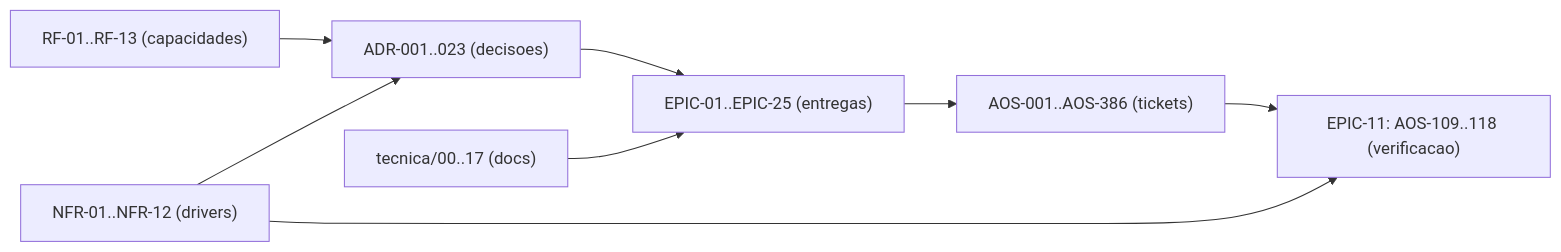
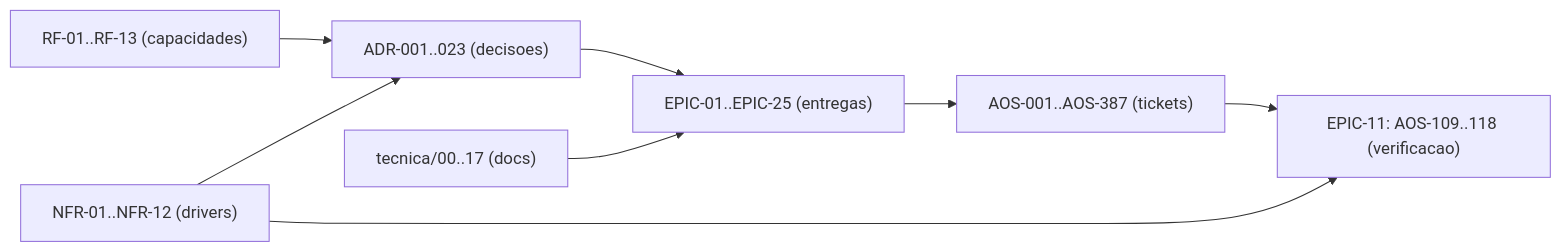
Before and after one commit to albinoJimy/aos: the diagram in tecnica/16_Rastreabilidade_RTM.md, drawn with Mermaid. The commit also changed other lines of this file and 1 other file, not shown here.

First line of the commit message:
docs(AOS-387): materializar ticket do workspace go.work (achado OE-2)

````diff
--- a/tecnica/16_Rastreabilidade_RTM.md
+++ b/tecnica/16_Rastreabilidade_RTM.md
@@ -180,10 +180,10 @@
 ```mermaid
 flowchart LR
     RF["RF-01..RF-13 (capacidades)"] --> ADR["ADR-001..023 (decisoes)"]
     NFR["NFR-01..NFR-12 (drivers)"] --> ADR
     ADR --> EPIC["EPIC-01..EPIC-25 (entregas)"]
-    EPIC --> TICK["AOS-001..AOS-386 (tickets)"]
+    EPIC --> TICK["AOS-001..AOS-387 (tickets)"]
     DOC["tecnica/00..17 (docs)"] --> EPIC
     TICK --> TEST["EPIC-11: AOS-109..118 (verificacao)"]
     NFR --> TEST
 ```
````
